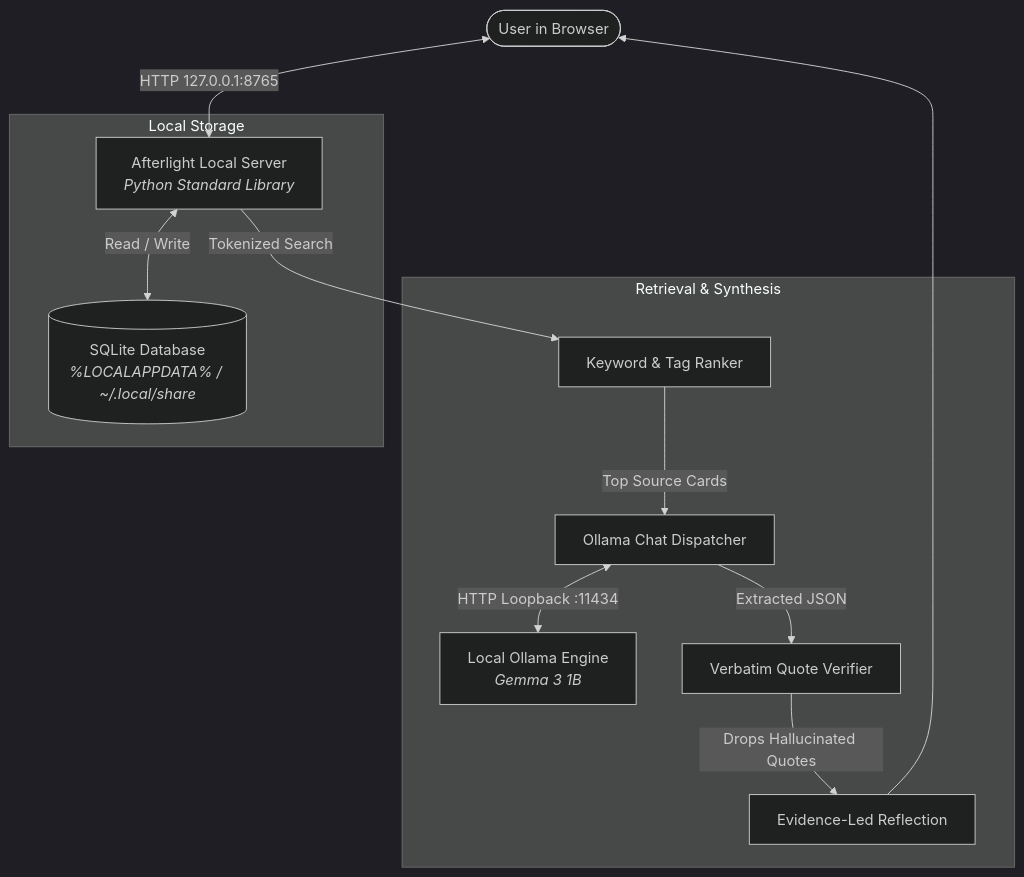
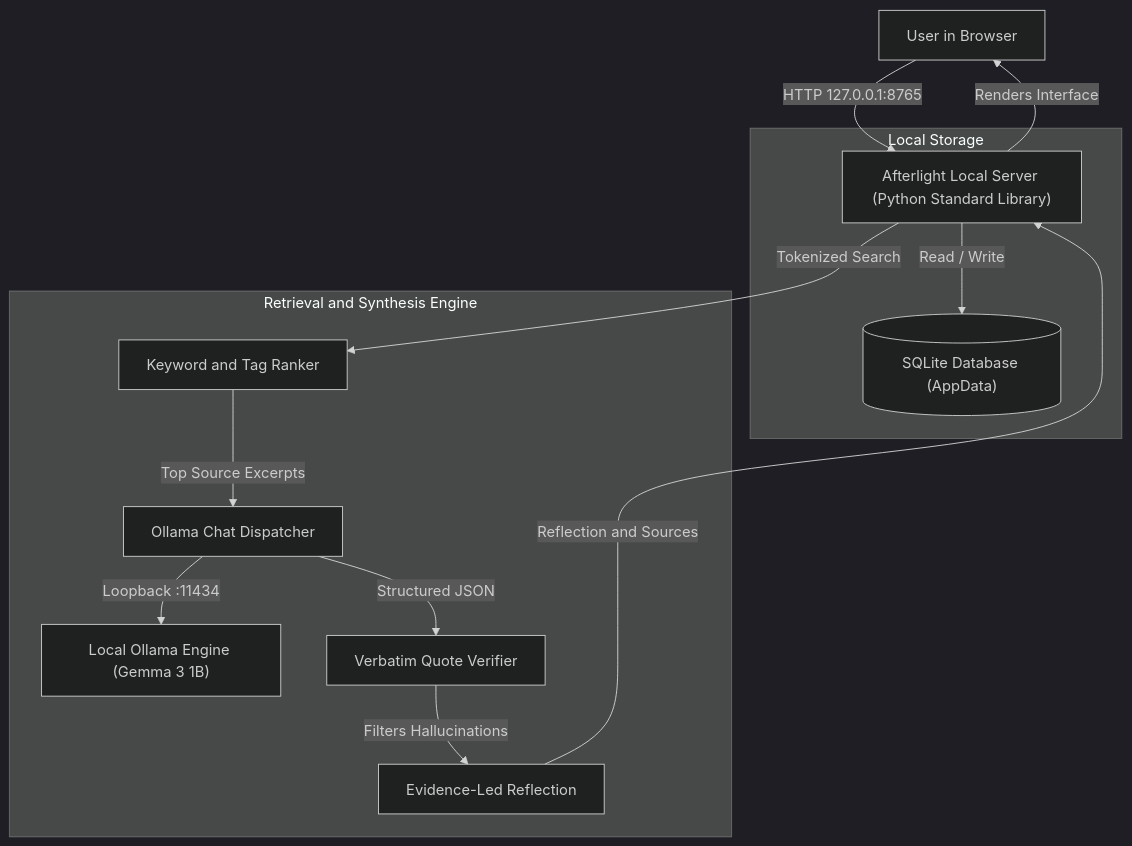
Before and after one commit to mohammedabidali1956/Afterlight: the diagram in README.md, drawn with Mermaid (dark theme). The commit also changed other lines of this file and 6 other files, not shown here.

Commit message:
fix(readme, ui): fix mermaid diagram syntax and colors error, add screenshots tour

````diff
--- a/README.md
+++ b/README.md
@@ -76,18 +76,19 @@
 ```mermaid
 flowchart TD
-    User([User in Browser]) <-->|HTTP 127.0.0.1:8765| Handler[Afterlight Local Server<br><i>Python Standard Library</i>]
-    
-    subgraph Local Storage
-        Handler <-->|Read / Write| SQLite[(SQLite Database<br><i>%LOCALAPPDATA% / ~/.local/share</i>)]
+    User["User in Browser"] -->|"HTTP 127.0.0.1:8765"| Handler["Afterlight Local Server (Python Standard Library)"]
+    Handler -->|"Renders Interface"| User
+
+    subgraph Storage ["Local Storage"]
+        Handler -->|"Read / Write"| DB[("SQLite Database (AppData)")]
     end
-    
-    subgraph Retrieval & Synthesis
-        Handler -->|Tokenized Search| Ranker[Keyword & Tag Ranker]
-        Ranker -->|Top Source Cards| Guard[Ollama Chat Dispatcher]
-        Guard <-->|HTTP Loopback :11434| Ollama[Local Ollama Engine<br><i>Gemma 3 1B</i>]
-        Guard -->|Extracted JSON| Verifier[Verbatim Quote Verifier]
-        Verifier -->|Drops Hallucinated Quotes| Renderer[Evidence-Led Reflection]
+
+    subgraph Engine ["Retrieval and Synthesis Engine"]
+        Handler -->|"Tokenized Search"| Ranker["Keyword and Tag Ranker"]
+        Ranker -->|"Top Source Excerpts"| Dispatcher["Ollama Chat Dispatcher"]
+        Dispatcher -->|"Loopback :11434"| Ollama["Local Ollama Engine (Gemma 3 1B)"]
+        Dispatcher -->|"Structured JSON"| Verifier["Verbatim Quote Verifier"]
+        Verifier -->|"Filters Hallucinations"| Reflection["Evidence-Led Reflection"]
     end
-    
-    Renderer --> User
+
+    Reflection -->|"Reflection and Sources"| Handler
 ```
````
